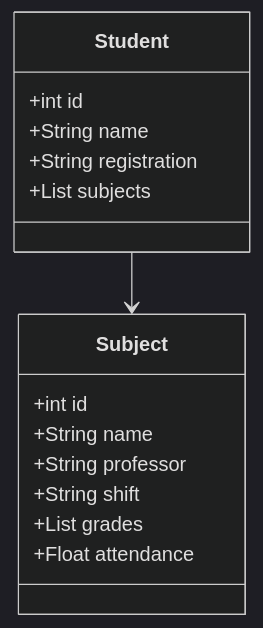
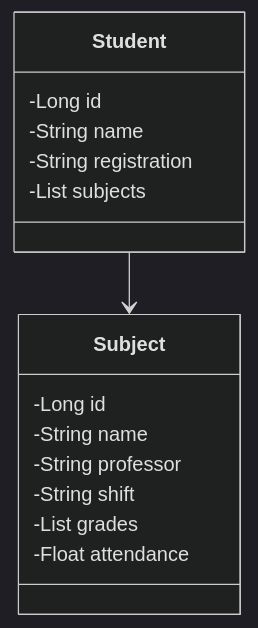
The diagram in README.md (analeticiarc/AvanadeDecolaTech2025), drawn with Mermaid (dark theme) before and after one commit. The commit also changed 9 other files, not shown here.

````diff
--- a/README.md
+++ b/README.md
@@ -1,20 +1,20 @@
 ```mermaid
 classDiagram
     class Student {
-        +int id
-        +String name
-        +String registration
-        +List<Subject> subjects
+        -Long id
+        -String name
+        -String registration
+        -List<Subject> subjects
     }
 
     class Subject {
-        +int id
-        +String name
-        +String professor
-        +String shift
-        +List<Float> grades
-        +Float attendance
+        -Long id
+        -String name
+        -String professor
+        -String shift
+        -List<Float> grades
+        -Float attendance
     }
 
     Student --> Subject
 ```
````
